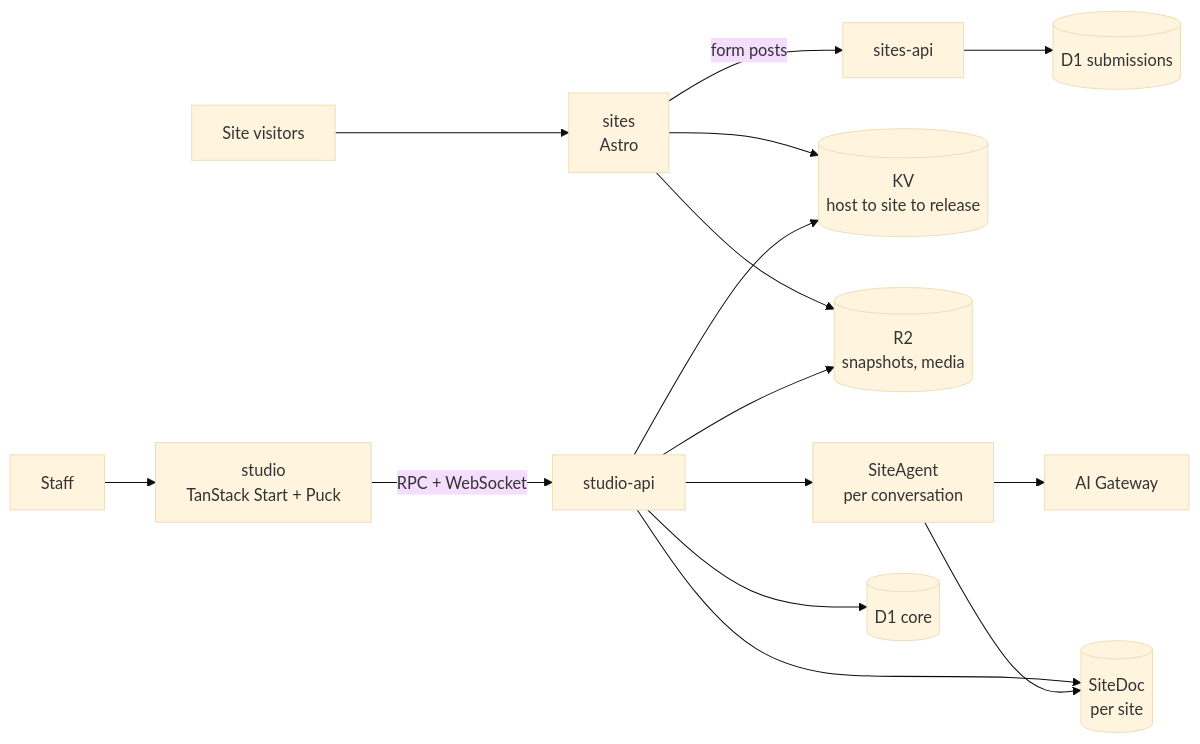
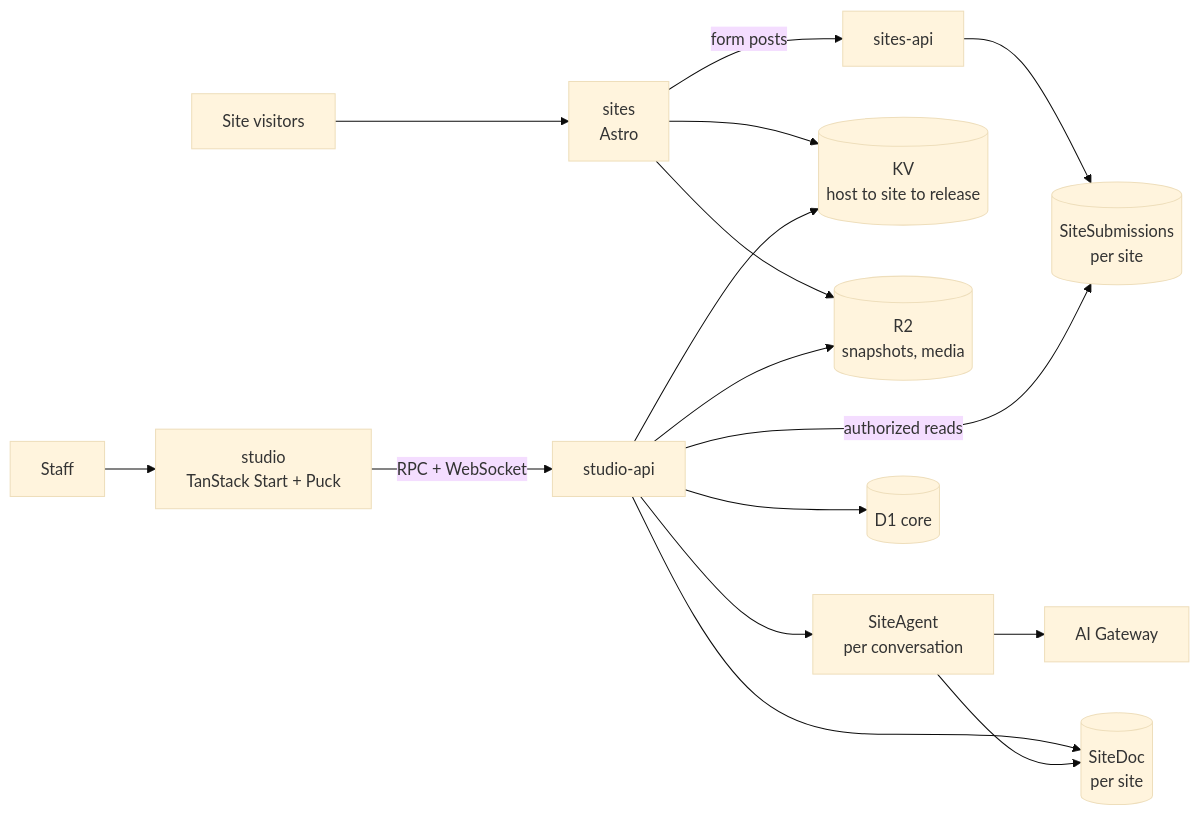
Before and after one commit to AdiRishi/pakshi: the first of 2 diagrams in docs/technical-design.mdx, drawn with Mermaid (base theme). The commit also changed other lines of this file and 3 other files, not shown here.

First line of the commit message:
Move submissions and approvals into per-site Durable Objects

````diff
--- a/docs/technical-design.mdx
+++ b/docs/technical-design.mdx
@@ -16,17 +16,18 @@
 ```mermaid
 flowchart LR
   V[Site visitors] --> S[sites<br/>Astro]
   S -->|form posts| SA[sites-api]
   S --> KV[(KV<br/>host to site to release)]
   S --> R2[(R2<br/>snapshots, media)]
-  SA --> SUB[(D1 submissions)]
+  SA --> SUB[(SiteSubmissions<br/>per site)]
   U[Staff] --> ST[studio<br/>TanStack Start + Puck]
   ST -->|RPC + WebSocket| API[studio-api]
   API --> DO[(SiteDoc<br/>per site)]
   API --> AG[SiteAgent<br/>per conversation]
   AG --> DO
   AG --> GW[AI Gateway]
   API --> CORE[(D1 core)]
   API --> R2
   API --> KV
+  API -->|authorized reads| SUB
 ```
````
